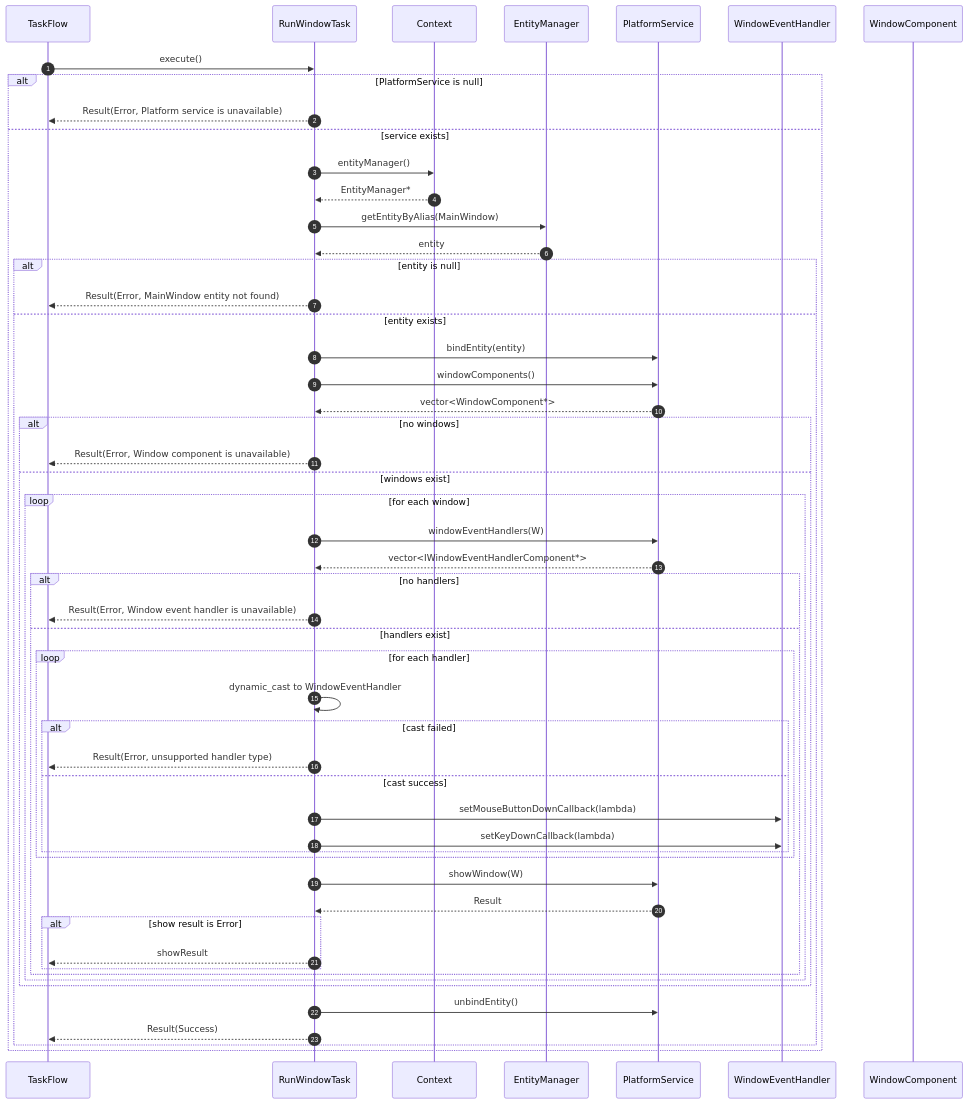
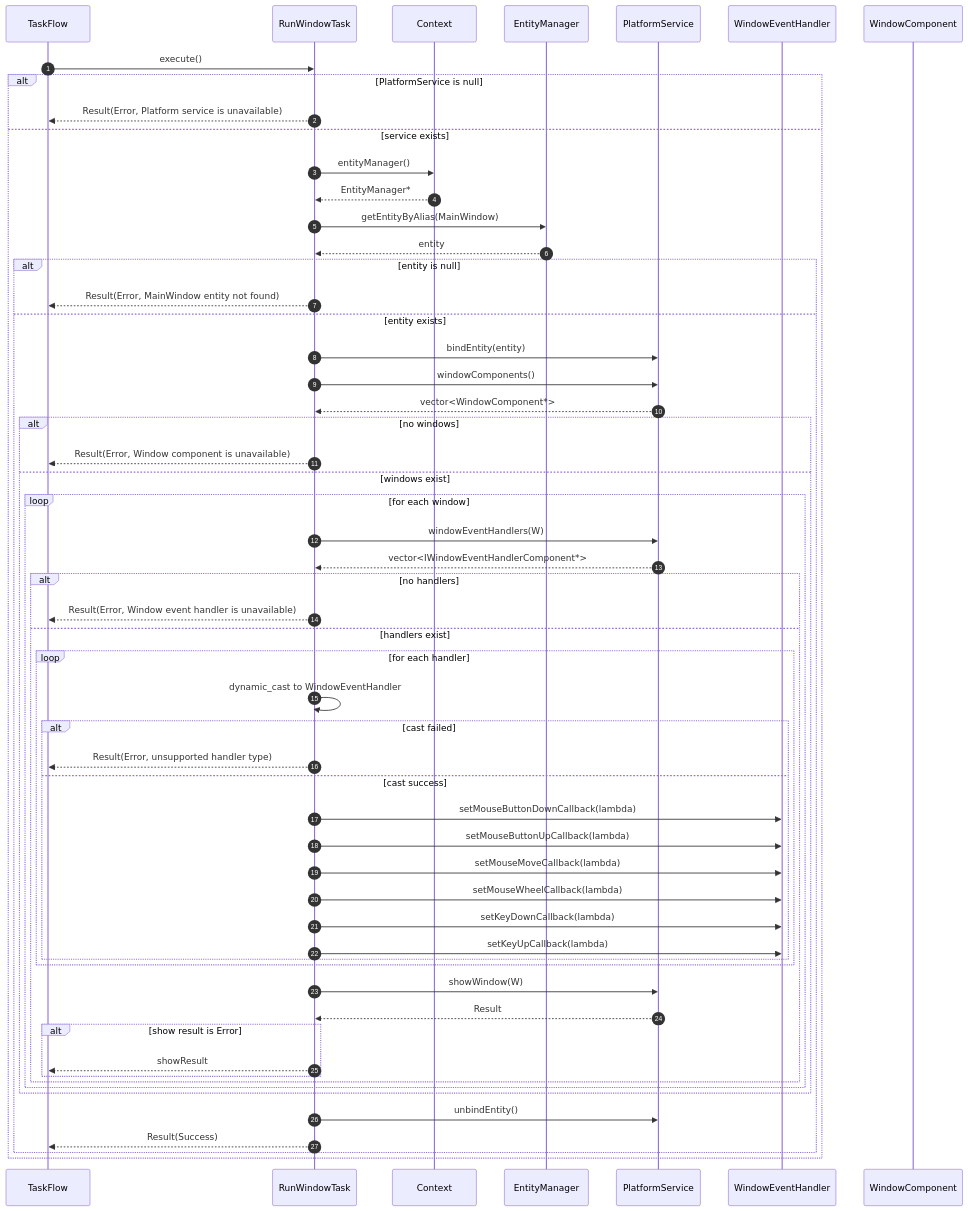
The diagram in doc/sequence/window/runwindowtask.md (vigine-dev/Vigine), drawn with Mermaid before and after one commit. The commit also changed other lines of this file and 13 other files, not shown here.

````diff
--- a/doc/sequence/window/runwindowtask.md
+++ b/doc/sequence/window/runwindowtask.md
@@ -3,61 +3,65 @@
 ```mermaid
 sequenceDiagram
 autonumber
 participant Caller as TaskFlow
 participant T as RunWindowTask
 participant Ctx as Context
 participant EM as EntityManager
 participant PS as PlatformService
 participant WH as WindowEventHandler
 participant W as WindowComponent
 
 Caller->>T: execute()
 alt PlatformService is null
   T-->>Caller: Result(Error, Platform service is unavailable)
 else service exists
   T->>Ctx: entityManager()
   Ctx-->>T: EntityManager*
   T->>EM: getEntityByAlias(MainWindow)
   EM-->>T: entity
 
   alt entity is null
     T-->>Caller: Result(Error, MainWindow entity not found)
   else entity exists
     T->>PS: bindEntity(entity)
     T->>PS: windowComponents()
     PS-->>T: vector<WindowComponent*>
 
     alt no windows
       T-->>Caller: Result(Error, Window component is unavailable)
     else windows exist
       loop for each window
         T->>PS: windowEventHandlers(W)
         PS-->>T: vector<IWindowEventHandlerComponent*>
 
         alt no handlers
           T-->>Caller: Result(Error, Window event handler is unavailable)
         else handlers exist
           loop for each handler
             T->>T: dynamic_cast to WindowEventHandler
             alt cast failed
               T-->>Caller: Result(Error, unsupported handler type)
             else cast success
               T->>WH: setMouseButtonDownCallback(lambda)
+              T->>WH: setMouseButtonUpCallback(lambda)
+              T->>WH: setMouseMoveCallback(lambda)
+              T->>WH: setMouseWheelCallback(lambda)
               T->>WH: setKeyDownCallback(lambda)
+              T->>WH: setKeyUpCallback(lambda)
             end
           end
 
           T->>PS: showWindow(W)
           PS-->>T: Result
           alt show result is Error
             T-->>Caller: showResult
           end
         end
       end
     end
 
     T->>PS: unbindEntity()
     T-->>Caller: Result(Success)
   end
 end
 ```
````
